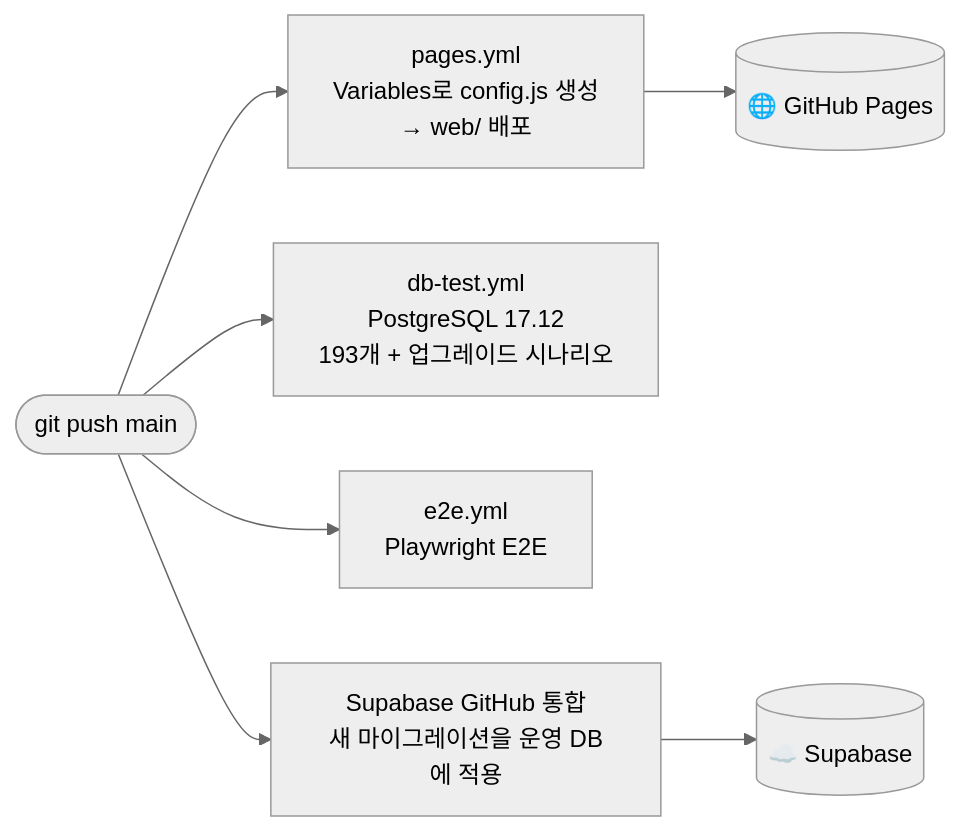
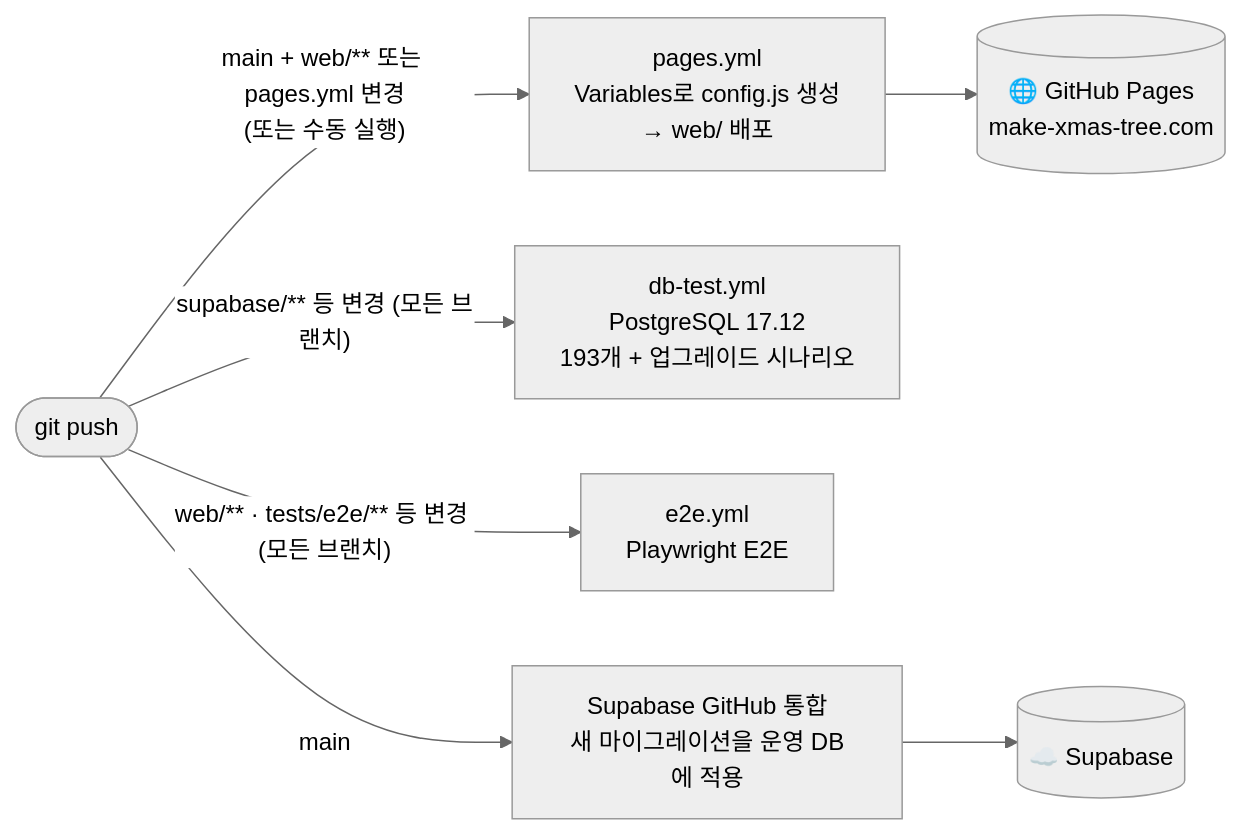
One commit to dae-won-kim/code-christmas-tree changed the fourth of 4 diagrams in README.md. Above: the diagram before and after it, drawn with Mermaid (neutral theme). The commit also changed other lines of this file and 6 other files, not shown here.

First line of the commit message:
docs: 자체 도메인(make-xmas-tree.com) · Resend SMTP 기준으로 문서 갱신

````diff
--- a/README.md
+++ b/README.md
@@ -272,9 +348,9 @@
 ```mermaid
 flowchart LR
-  PUSH(["git push main"]) --> PG["pages.yml<br/>Variables로 config.js 생성<br/>→ web/ 배포"]
-  PUSH --> DBT["db-test.yml<br/>PostgreSQL 17.12<br/>193개 + 업그레이드 시나리오"]
-  PUSH --> E2E["e2e.yml<br/>Playwright E2E"]
-  PUSH --> SUP["Supabase GitHub 통합<br/>새 마이그레이션을 운영 DB에 적용"]
-  PG --> SITE[("🌐 GitHub Pages")]
+  PUSH(["git push"]) -->|"main + web/** 또는 pages.yml 변경<br/>(또는 수동 실행)"| PG["pages.yml<br/>Variables로 config.js 생성<br/>→ web/ 배포"]
+  PUSH -->|"supabase/** 등 변경 (모든 브랜치)"| DBT["db-test.yml<br/>PostgreSQL 17.12<br/>193개 + 업그레이드 시나리오"]
+  PUSH -->|"web/** · tests/e2e/** 등 변경 (모든 브랜치)"| E2E["e2e.yml<br/>Playwright E2E"]
+  PUSH -->|"main"| SUP["Supabase GitHub 통합<br/>새 마이그레이션을 운영 DB에 적용"]
+  PG --> SITE[("🌐 GitHub Pages<br/>make-xmas-tree.com")]
   SUP --> PROD[("☁️ Supabase")]
 ```
````
